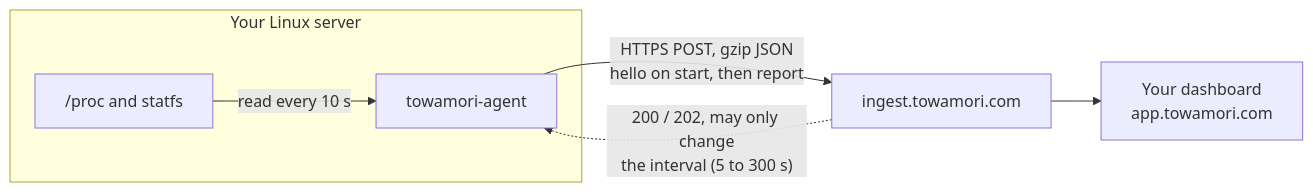
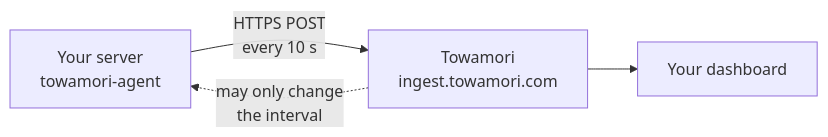
One commit to A1oneSKy/towamori changed the diagram in README.md. Above: the diagram before and after it, drawn with Mermaid. The commit also changed 3 other files, not shown here.

Commit message:
docs(Towamori Agent): 流程图精简成三个节点，窄屏下也看得清

````diff
--- a/README.md
+++ b/README.md
@@ -53,9 +53,6 @@
 ```mermaid
 flowchart LR
-  subgraph host["Your Linux server"]
-    proc["/proc and statfs"] -->|read every 10 s| agent["towamori-agent"]
-  end
-  agent -->|"HTTPS POST, gzip JSON<br/>hello on start, then report"| ingest["ingest.towamori.com"]
-  ingest -.->|"200 / 202, may only change<br/>the interval (5 to 300 s)"| agent
-  ingest --> app["Your dashboard<br/>app.towamori.com"]
+  A["Your server<br/>towamori-agent"] -->|"HTTPS POST<br/>every 10 s"| B["Towamori<br/>ingest.towamori.com"]
+  B -.->|"may only change<br/>the interval"| A
+  B --> C["Your dashboard"]
 ```
````
